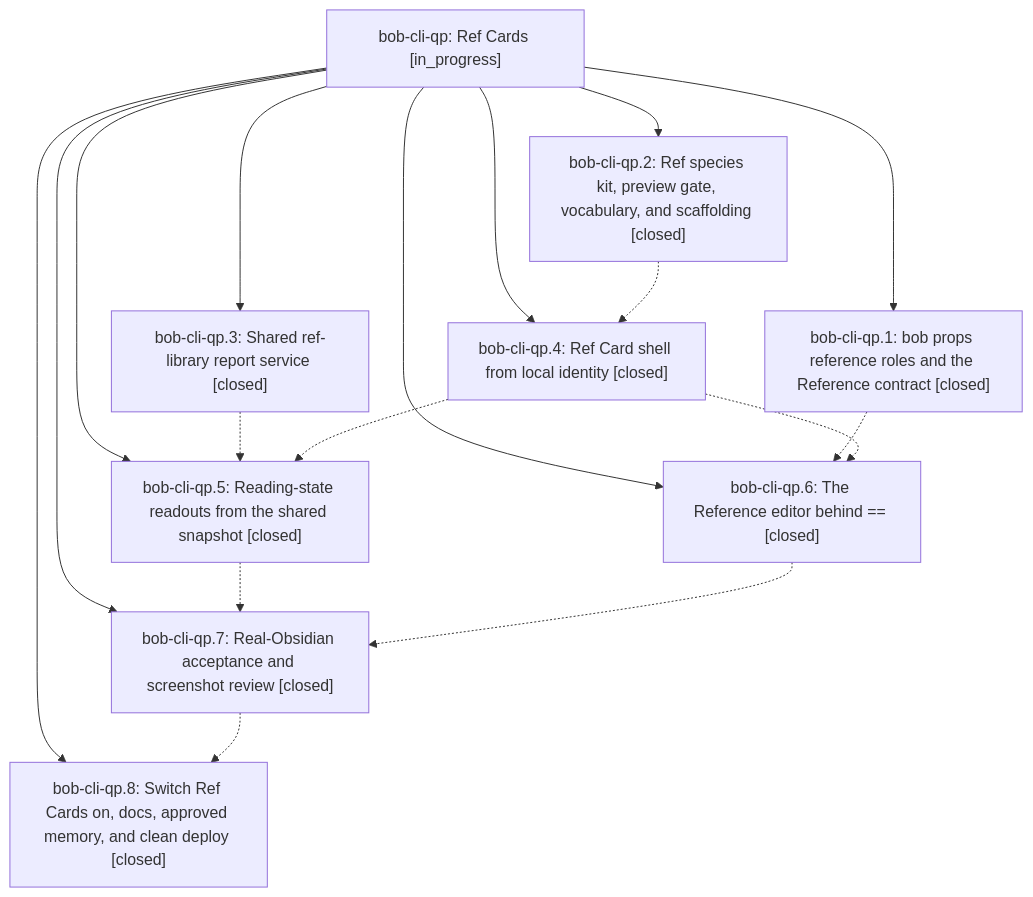
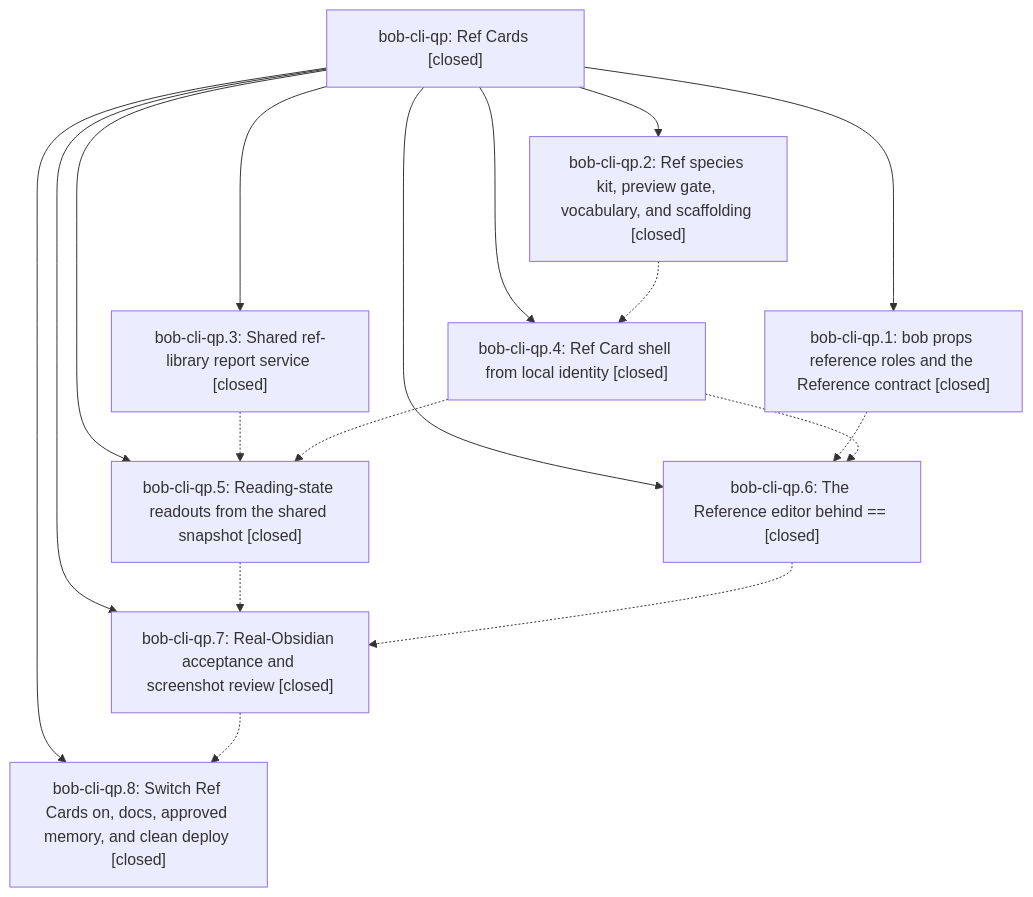
One commit to bobs-org/bob-cli--beads changed the diagram in pages/bob-cli-qp/README.md. Above: the diagram before and after it, drawn with Mermaid. The commit also changed other lines of this file and 2 other files, not shown here.

First line of the commit message:
chore(beads): sync bead state and pages for bob-cli-qp

````diff
--- a/pages/bob-cli-qp/README.md
+++ b/pages/bob-cli-qp/README.md
@@ -43,28 +57,28 @@
 ```mermaid
 flowchart TD
-    n0["bob-cli-qp: Ref Cards [in_progress]"]
+    n0["bob-cli-qp: Ref Cards [closed]"]
     n1["bob-cli-qp.1: bob props reference roles and the Reference contract [closed]"]
     n2["bob-cli-qp.2: Ref species kit, preview gate, vocabulary, and scaffolding [closed]"]
     n3["bob-cli-qp.3: Shared ref-library report service [closed]"]
     n4["bob-cli-qp.4: Ref Card shell from local identity [closed]"]
     n5["bob-cli-qp.5: Reading-state readouts from the shared snapshot [closed]"]
     n6["bob-cli-qp.6: The Reference editor behind == [closed]"]
     n7["bob-cli-qp.7: Real-Obsidian acceptance and screenshot review [closed]"]
     n8["bob-cli-qp.8: Switch Ref Cards on, docs, approved memory, and clean deploy [closed]"]
     n0 --> n1
     n0 --> n2
     n0 --> n3
     n0 --> n4
     n0 --> n5
     n0 --> n6
     n0 --> n7
     n0 --> n8
     n1 -.-> n6
     n2 -.-> n4
     n3 -.-> n5
     n4 -.-> n5
     n4 -.-> n6
     n5 -.-> n7
     n6 -.-> n7
     n7 -.-> n8
 ```
````
